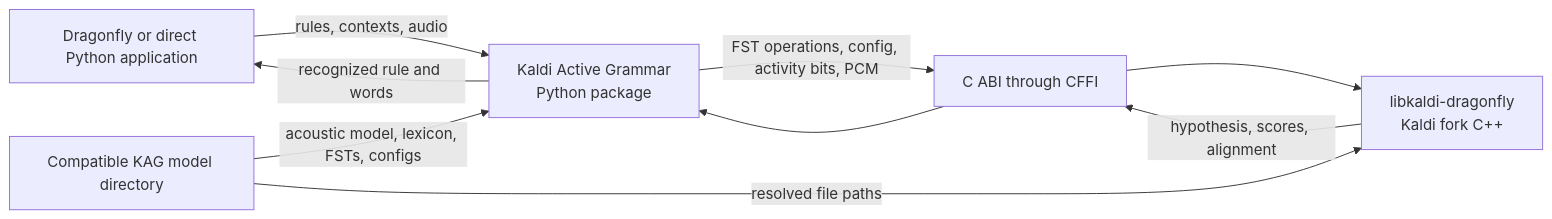
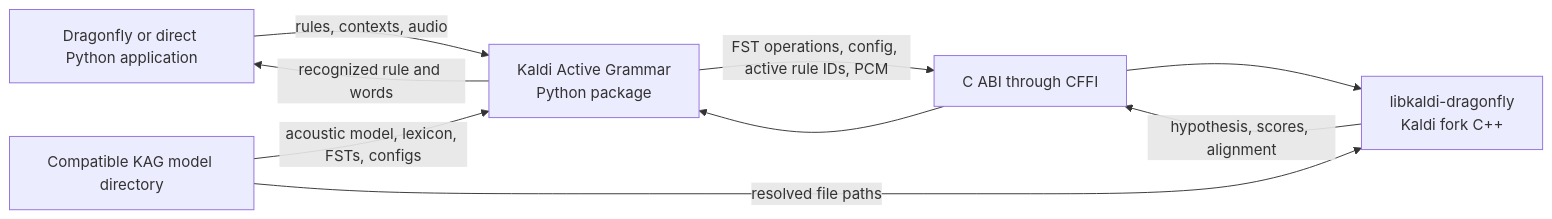
Before and after one commit to daanzu/kaldi-active-grammar: the first of 4 diagrams in docs/kaldi-fork-architecture.md, drawn with Mermaid. The commit also changed other lines of this file and 8 other files, not shown here.

First line of the commit message:
wrapper.py: Replace activity masks with rule IDs

````diff
--- a/docs/kaldi-fork-architecture.md
+++ b/docs/kaldi-fork-architecture.md
@@ -40,17 +40,17 @@
 ```mermaid
 flowchart LR
     App[Dragonfly or direct Python application]
     KAG["Kaldi Active Grammar<br/>Python package"]
     ABI[C ABI through CFFI]
     Fork["libkaldi-dragonfly<br/>Kaldi fork C++"]
     Model[Compatible KAG model directory]
 
     App -->|rules, contexts, audio| KAG
-    KAG -->|FST operations, config, activity bits, PCM| ABI
+    KAG -->|FST operations, config, active rule IDs, PCM| ABI
     ABI --> Fork
     Model -->|acoustic model, lexicon, FSTs, configs| KAG
     Model -->|resolved file paths| Fork
     Fork -->|hypothesis, scores, alignment| ABI
     ABI --> KAG
     KAG -->|recognized rule and words| App
 ```
````
